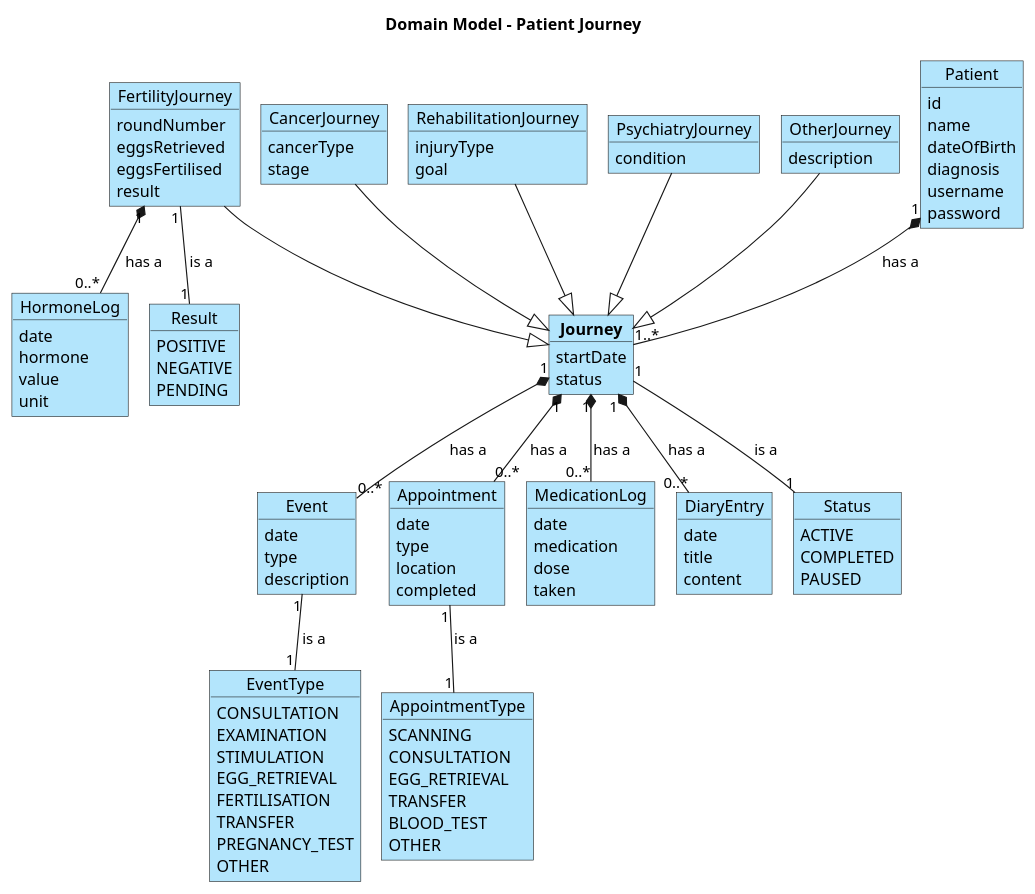
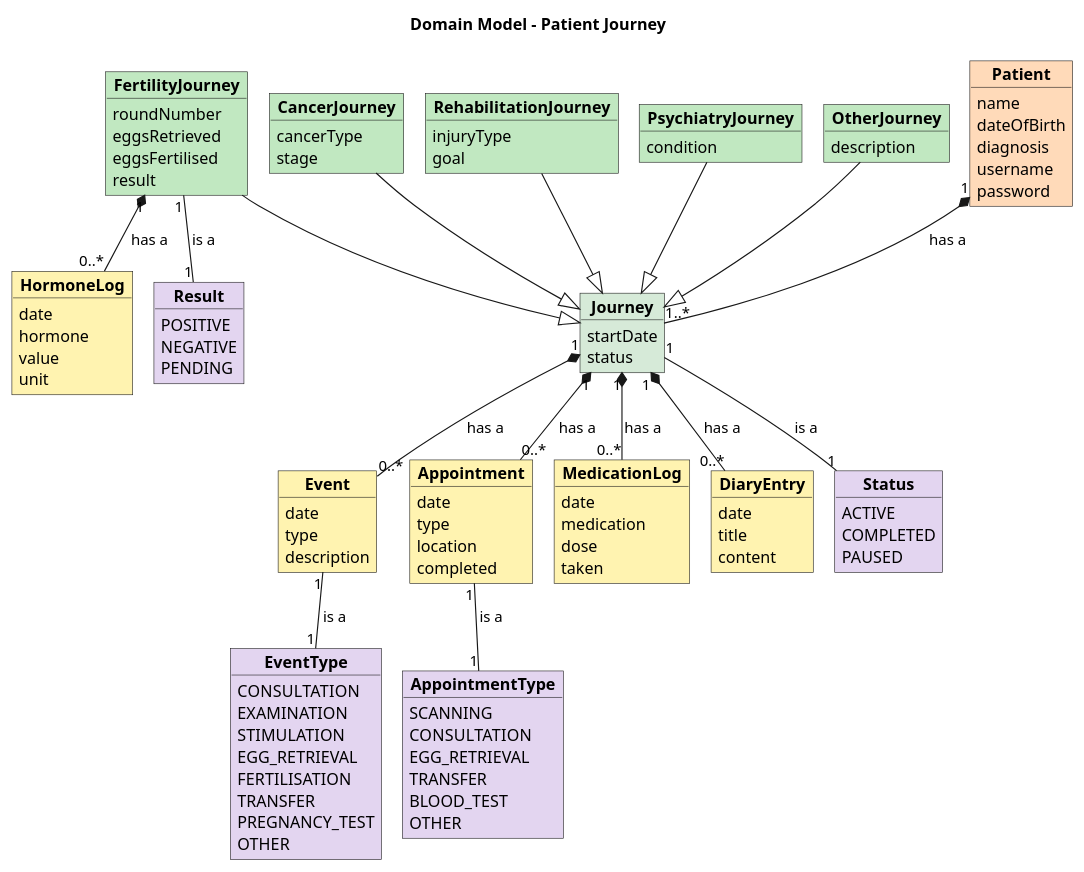
One commit to BesimaP/PET-2.semester-Simpl changed the diagram in doc/static/Domænemodel1.puml. Above: the diagram before and after it, drawn with PlantUML. The commit also changed 1 other file, not shown here.

```diff
--- a/doc/static/Domænemodel1.puml
+++ b/doc/static/Domænemodel1.puml
@@ -1,131 +1,119 @@
 @startuml
 !pragma layout smetana
 
 title Domain Model - Patient Journey
 
-object Event #B3E5FC{
+object "<b>Patient</b>" as Patient #FFDAB9
+
+object "<b>Journey</b>" as Journey #D6EAD8
+
+object "<b>FertilityJourney</b>" as FertilityJourney #C1E8C1 {
+  roundNumber
+  eggsRetrieved
+  eggsFertilised
+  result
+}
+object "<b>CancerJourney</b>" as CancerJourney #C1E8C1 {
+  cancerType
+  stage
+}
+object "<b>RehabilitationJourney</b>" as RehabilitationJourney #C1E8C1 {
+  injuryType
+  goal
+}
+object "<b>PsychiatryJourney</b>" as PsychiatryJourney #C1E8C1 {
+  condition
+}
+object "<b>OtherJourney</b>" as OtherJourney #C1E8C1 {
+  description
+}
+
+object "<b>Event</b>" as Event #FFF3B0 {
   date
   type
   description
 }
-
-object Appointment #B3E5FC{
+object "<b>Appointment</b>" as Appointment #FFF3B0 {
   date
   type
   location
   completed
 }
-
-object MedicationLog #B3E5FC{
+object "<b>MedicationLog</b>" as MedicationLog #FFF3B0 {
   date
   medication
   dose
   taken
 }
-
-object DiaryEntry #B3E5FC{
+object "<b>DiaryEntry</b>" as DiaryEntry #FFF3B0 {
   date
   title
   content
 }
-
-object HormoneLog #B3E5FC{
+object "<b>HormoneLog</b>" as HormoneLog #FFF3B0 {
   date
   hormone
   value
   unit
 }
 
-object "<b>Journey</b>" as Journey #B3E5FC {
-  startDate
-  status
-}
-
-object Patient #B3E5FC{
-  id
-  name
-  dateOfBirth
-  diagnosis
-  username
-  password
-}
-
-object FertilityJourney #B3E5FC{
-  roundNumber
-  eggsRetrieved
-  eggsFertilised
-  result
-}
-
-object CancerJourney #B3E5FC{
-  cancerType
-  stage
-}
-
-object RehabilitationJourney #B3E5FC{
-  injuryType
-  goal
-}
-
-object PsychiatryJourney #B3E5FC{
-  condition
-}
-
-object OtherJourney #B3E5FC{
-  description
-}
-
-object Status #B3E5FC{
+object "<b>Status</b>" as Status #E3D5F0 {
   ACTIVE
   COMPLETED
   PAUSED
 }
-
-object Result #B3E5FC{
+object "<b>Result</b>" as Result #E3D5F0 {
   POSITIVE
   NEGATIVE
   PENDING
 }
-
-object EventType #B3E5FC{
+object "<b>EventType</b>" as EventType #E3D5F0 {
   CONSULTATION
   EXAMINATION
   STIMULATION
   EGG_RETRIEVAL
   FERTILISATION
   TRANSFER
   PREGNANCY_TEST
   OTHER
 }
-
-object AppointmentType #B3E5FC{
+object "<b>AppointmentType</b>" as AppointmentType #E3D5F0 {
   SCANNING
   CONSULTATION
   EGG_RETRIEVAL
   TRANSFER
   BLOOD_TEST
   OTHER
 }
+
+Patient : name
+Patient : dateOfBirth
+Patient : diagnosis
+Patient : username
+Patient : password
+
+Journey : startDate
+Journey : status
 
 ' Inheritance
 FertilityJourney --|> Journey
 CancerJourney --|> Journey
 RehabilitationJourney --|> Journey
 PsychiatryJourney --|> Journey
 OtherJourney --|> Journey
 
 ' Has a
 Patient "1" *-- "1..*" Journey : has a
 Journey "1" *-- "0..*" Event : has a
 Journey "1" *-- "0..*" Appointment : has a
 Journey "1" *-- "0..*" MedicationLog : has a
 Journey "1" *-- "0..*" DiaryEntry : has a
 FertilityJourney "1" *-- "0..*" HormoneLog : has a
 
 ' Is a
 Journey "1" -- "1" Status : is a
 FertilityJourney "1" -- "1" Result : is a
 Event "1" -- "1" EventType : is a
 Appointment "1" -- "1" AppointmentType : is a
 
 @enduml
```
